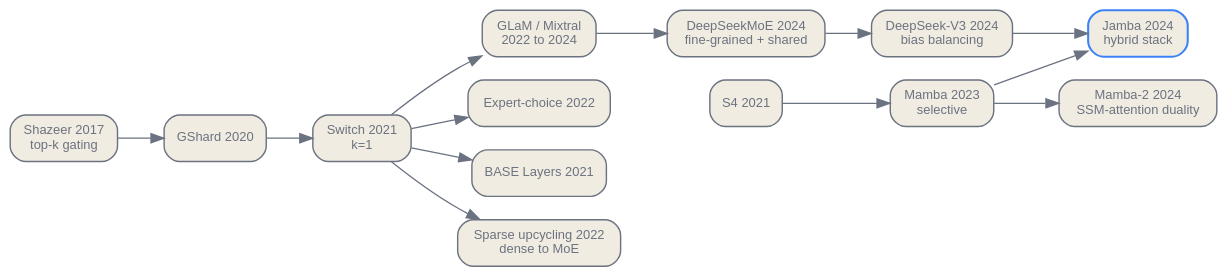
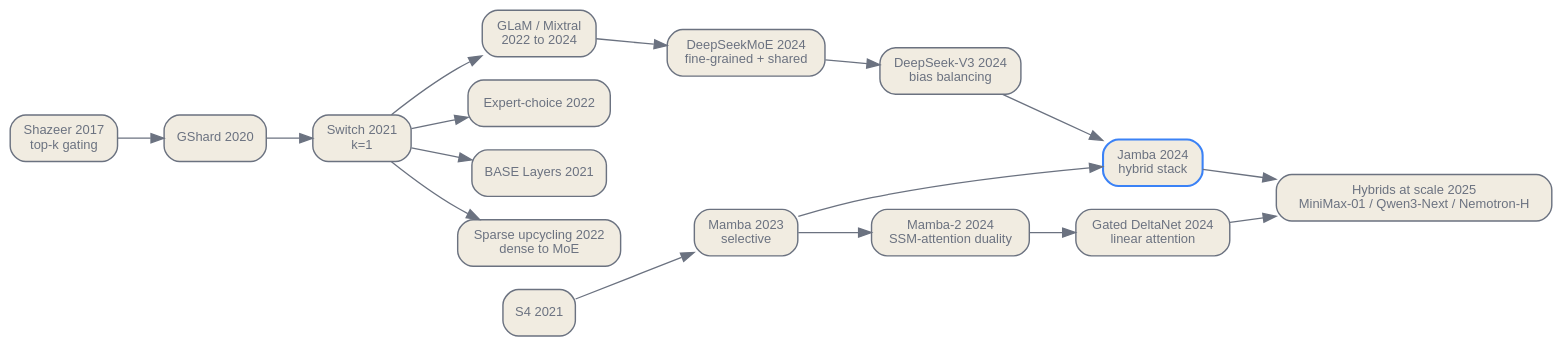
Before and after one commit to latere-ai/ai-as-an-infrastructure: the third of 3 diagrams in en/foundations/05-moe-ssm-hybrids.qmd, drawn with Graphviz. The commit also changed other lines of this file and 14 other files, not shown here.

Commit message:
foundations: trained sparse attention branch, fp4 training boundary, shipped hybrid stacks, blt/h-net, muon at 1t scale (en+zh)

````diff
--- a/en/foundations/05-moe-ssm-hybrids.qmd
+++ b/en/foundations/05-moe-ssm-hybrids.qmd
@@ -213,37 +213,42 @@
 ```{dot}
 //| label: fig-moe-lineage
-//| fig-cap: "Genealogy of the ideas in this chapter. A routing thread and a specialization thread refine the MoE layer, sparse upcycling is a training shortcut into it, and a separate state-space line converges with attention and MoE at the hybrid stack."
+//| fig-cap: "Genealogy of the ideas in this chapter. A routing thread and a specialization thread refine the MoE layer, sparse upcycling is a training shortcut into it, and a state-space and linear-attention line converges with attention and MoE at the hybrid stack, which shipped at frontier scale in 2025."
 digraph lineage {
   rankdir=LR;
   bgcolor="transparent";
   node [shape=box, style="rounded,filled", fontname="Helvetica", fontsize=10, color="#6b7280", fontcolor="#6b7280", fillcolor="#f1ece1", penwidth=1.1];
   edge [fontname="Helvetica", fontsize=9, color="#6b7280", fontcolor="#6b7280"];
 
   shazeer [label="Shazeer 2017\ntop-k gating"];
   gshard [label="GShard 2020"];
   switch [label="Switch 2021\nk=1"];
   glam [label="GLaM / Mixtral\n2022 to 2024"];
   echoice [label="Expert-choice 2022"];
   base [label="BASE Layers 2021"];
 
   dsmoe [label="DeepSeekMoE 2024\nfine-grained + shared"];
   dsv3 [label="DeepSeek-V3 2024\nbias balancing"];
 
   upcycle [label="Sparse upcycling 2022\ndense to MoE"];
 
   s4 [label="S4 2021"];
   mamba [label="Mamba 2023\nselective"];
   mamba2 [label="Mamba-2 2024\nSSM-attention duality"];
+  gdn [label="Gated DeltaNet 2024\nlinear attention"];
 
   jamba [label="Jamba 2024\nhybrid stack", color="#3b82f6", penwidth=1.6];
+  scale [label="Hybrids at scale 2025\nMiniMax-01 / Qwen3-Next / Nemotron-H"];
 
   shazeer -> gshard -> switch -> glam;
   switch -> echoice;
   switch -> base;
   glam -> dsmoe -> dsv3;
   switch -> upcycle;
   s4 -> mamba -> mamba2;
+  mamba2 -> gdn;
   dsv3 -> jamba;
   mamba -> jamba;
+  jamba -> scale;
+  gdn -> scale;
 }
 ```
````
